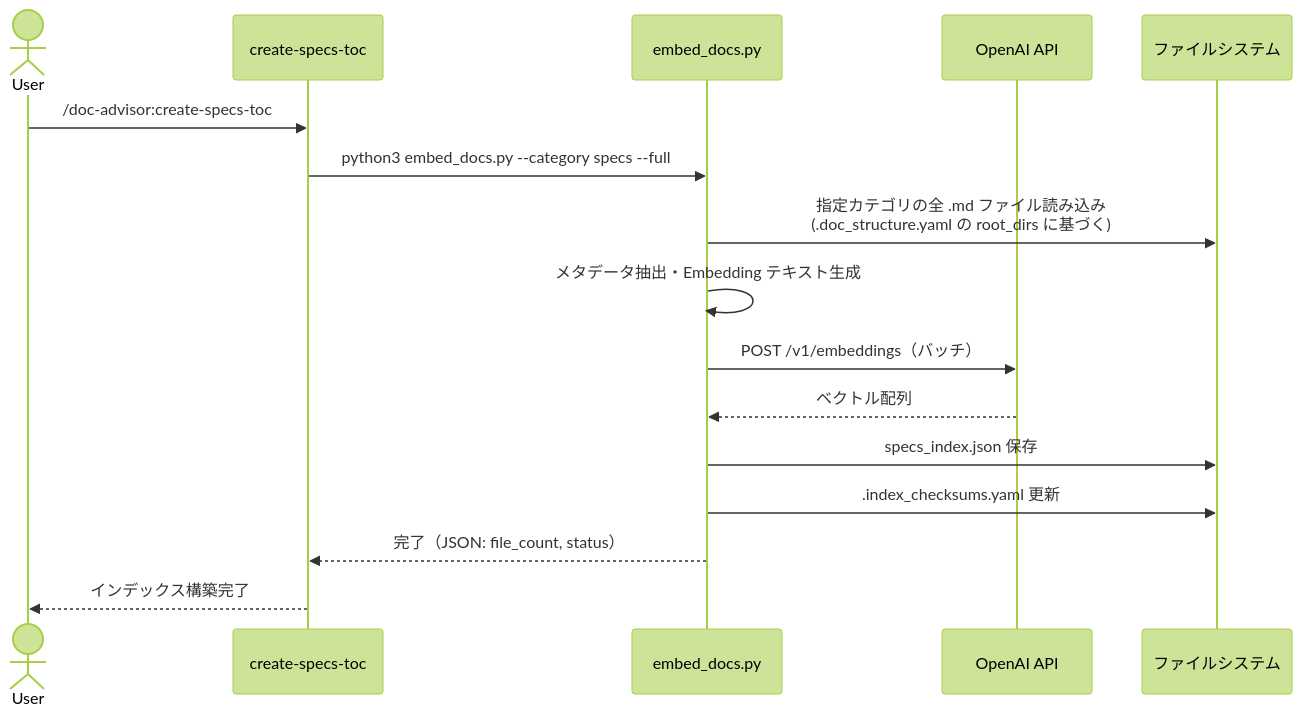
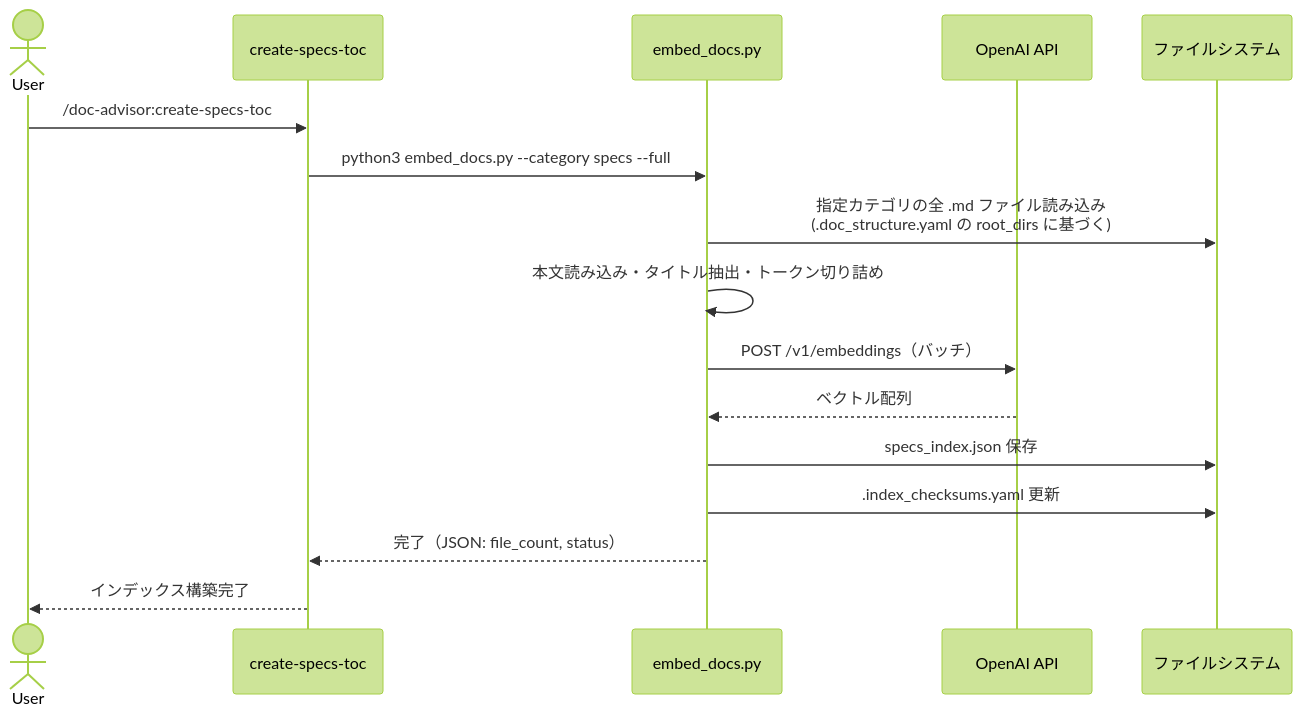
Before and after one commit to BlueEventHorizon/bw-cc-plugins: the fourth of 5 diagrams in docs/specs/doc-advisor/semantic-query/design/DES-006_semantic_search_design.md, drawn with Mermaid (forest theme). The commit also changed other lines of this file and 6 other files, not shown here.

````diff
--- a/docs/specs/doc-advisor/semantic-query/design/DES-006_semantic_search_design.md
+++ b/docs/specs/doc-advisor/semantic-query/design/DES-006_semantic_search_design.md
@@ -371,19 +374,19 @@
 ```mermaid
 sequenceDiagram
     actor User
     participant Skill as create-specs-toc
     participant Script as embed_docs.py
     participant API as OpenAI API
     participant FS as ファイルシステム
 
     User->>Skill: /doc-advisor:create-specs-toc
     Skill->>Script: python3 embed_docs.py --category specs --full
     Script->>FS: 指定カテゴリの全 .md ファイル読み込み<br/>(.doc_structure.yaml の root_dirs に基づく)
-    Script->>Script: メタデータ抽出・Embedding テキスト生成
+    Script->>Script: 本文読み込み・タイトル抽出・トークン切り詰め
     Script->>API: POST /v1/embeddings（バッチ）
     API-->>Script: ベクトル配列
     Script->>FS: specs_index.json 保存
     Script->>FS: .index_checksums.yaml 更新
     Script-->>Skill: 完了（JSON: file_count, status）
     Skill-->>User: インデックス構築完了
 ```
````
